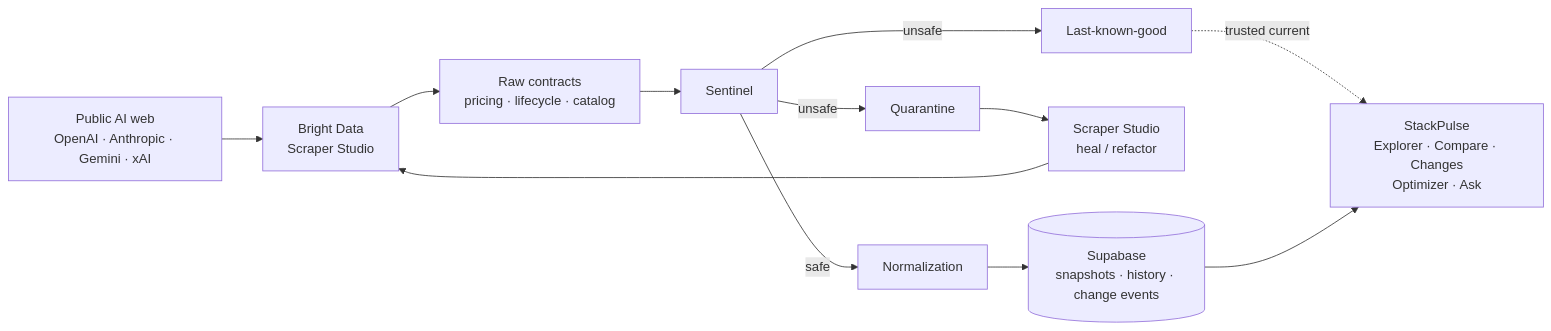
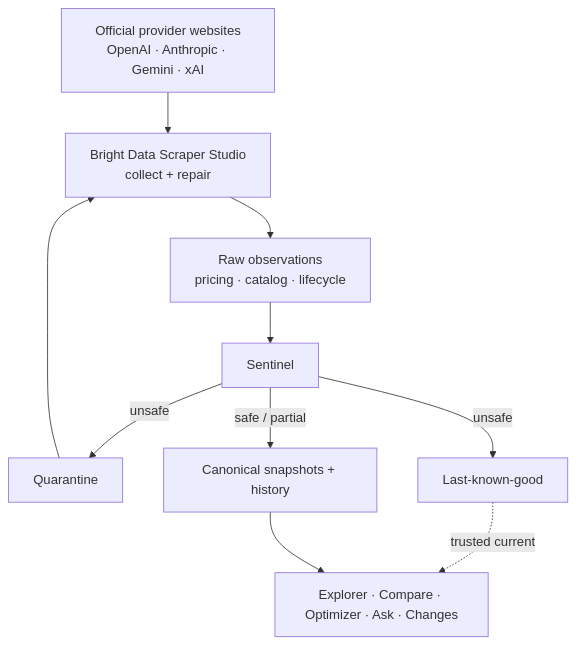
One commit to Mohamed-ahmed-2006/AI-radar changed the first of 2 diagrams in README.md. Above: the diagram before and after it, drawn with Mermaid. The commit also changed other lines of this file and 8 other files, not shown here.

````diff
--- a/README.md
+++ b/README.md
@@ -48,25 +70,21 @@
 ```mermaid
-flowchart LR
-  WEB["Public AI web<br/>OpenAI · Anthropic · Gemini · xAI"]
-  BD["Bright Data<br/>Scraper Studio"]
-  RAW["Raw contracts<br/>pricing · lifecycle · catalog"]
+flowchart TB
+  WEB["Official provider websites<br/>OpenAI · Anthropic · Gemini · xAI"]
+  BD["Bright Data Scraper Studio<br/>collect + repair"]
+  RAW["Raw observations<br/>pricing · catalog · lifecycle"]
   SEN["Sentinel"]
   Q["Quarantine"]
   LKG["Last-known-good"]
-  HEAL["Scraper Studio<br/>heal / refactor"]
-  NORM["Normalization"]
-  SB[("Supabase<br/>snapshots · history · change events")]
-  UI["StackPulse<br/>Explorer · Compare · Changes<br/>Optimizer · Ask"]
+  CAN["Canonical snapshots + history"]
+  UI["Explorer · Compare · Optimizer · Ask · Changes"]
 
   WEB --> BD
   BD --> RAW
   RAW --> SEN
   SEN -->|unsafe| Q
   SEN -->|unsafe| LKG
-  Q --> HEAL
-  HEAL --> BD
+  SEN -->|safe / partial| CAN
+  Q --> BD
   LKG -.->|trusted current| UI
-  SEN -->|safe| NORM
-  NORM --> SB
-  SB --> UI
+  CAN --> UI
 ```
````
